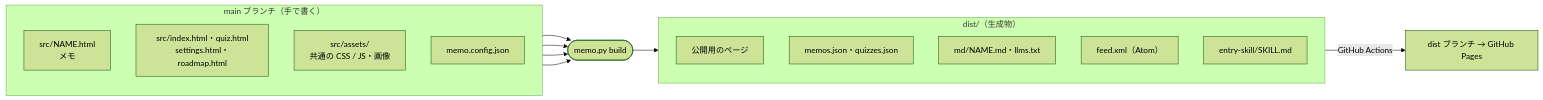
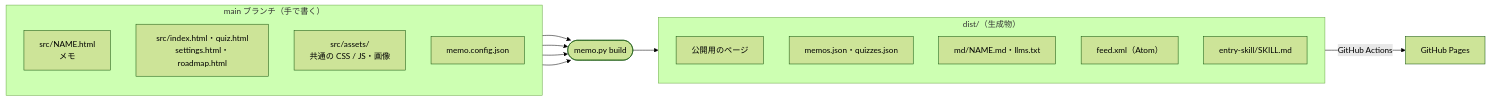
Before and after one commit to taka1156/memo-kit: the first of 4 diagrams in memo-detail.md, drawn with Mermaid (forest theme). The commit also changed other lines of this file and 13 other files, not shown here.

First line of the commit message:
公開を GitHub Pages の公式 Action に切り替え、デプロイからリポジトリへの書き込み権限をなくす

````diff
--- a/memo-detail.md
+++ b/memo-detail.md
@@ -37,24 +37,24 @@
 ```mermaid
 flowchart LR
   subgraph SRC["main ブランチ（手で書く）"]
     direction TB
     H["src/NAME.html<br/>メモ"]
     PG["src/index.html・quiz.html<br/>settings.html・roadmap.html"]
     AS["src/assets/<br/>共通の CSS / JS・画像"]
     CFG["memo.config.json"]
   end
 
   B(["memo.py build"])
 
   subgraph GEN["dist/（生成物）"]
     direction TB
     PAGES["公開用のページ"]
     JSON["memos.json・quizzes.json"]
     MD["md/NAME.md・llms.txt"]
     FEED["feed.xml（Atom）"]
     ENT["entry-skill/SKILL.md"]
   end
 
   H & PG & AS & CFG --> B --> GEN
-  GEN -->|"GitHub Actions"| S["dist ブランチ → GitHub Pages"]
+  GEN -->|"GitHub Actions"| S["GitHub Pages"]
 ```
````
